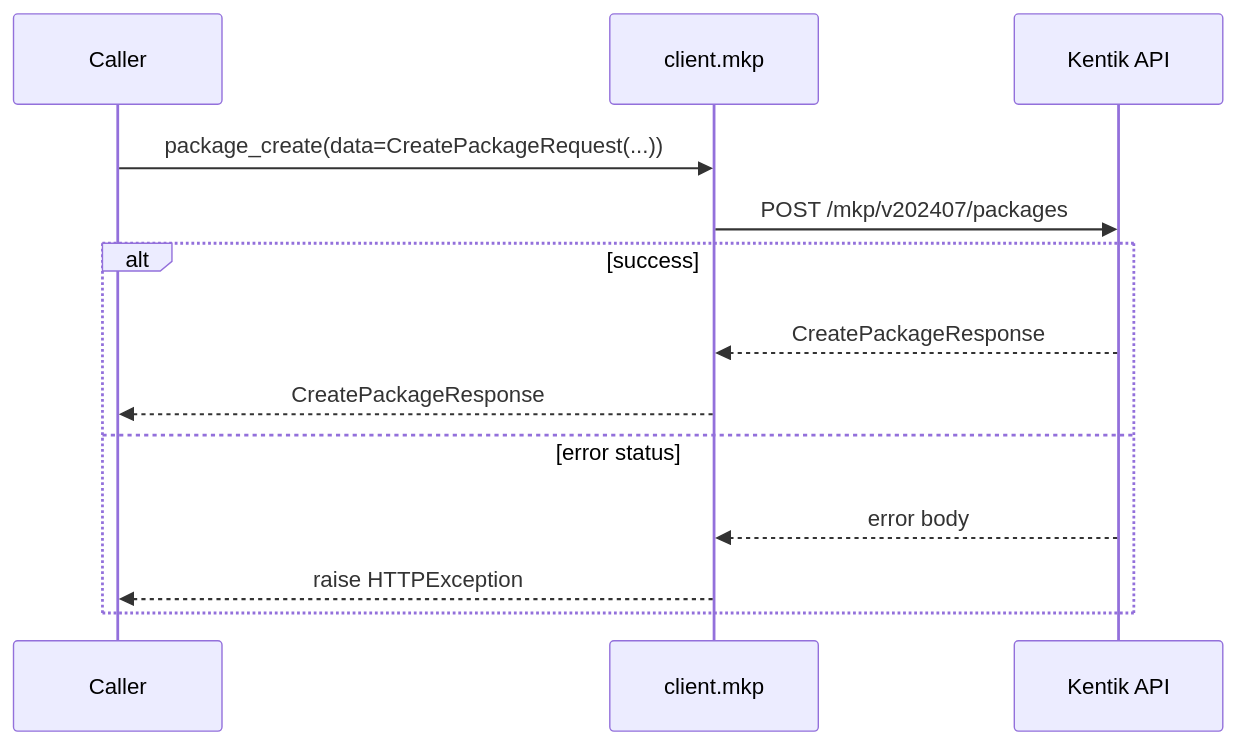
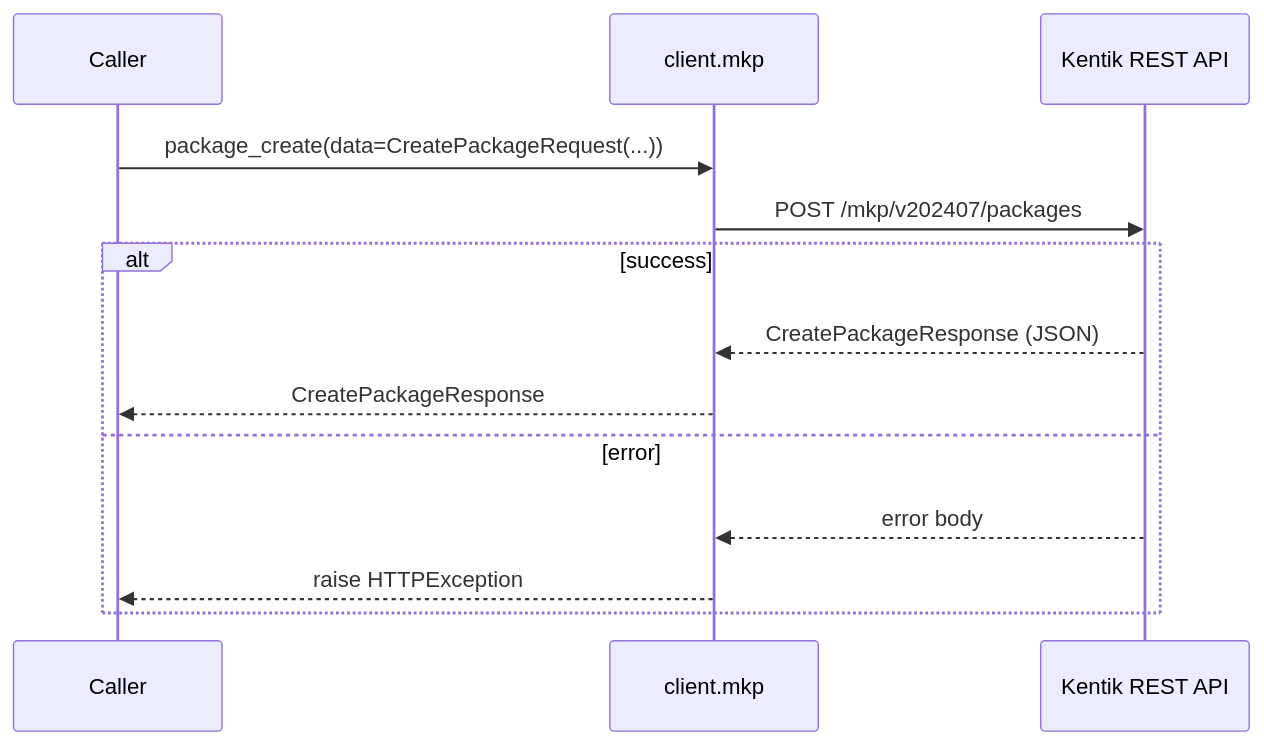
One commit to alexdearaujo/community_sdk_python changed the fourth of 30 diagrams in docs/sphinx/services/mkp.md. Above: the diagram before and after it, drawn with Mermaid. The commit also changed other lines of this file and 61 other files, not shown here.

````diff
--- a/docs/sphinx/services/mkp.md
+++ b/docs/sphinx/services/mkp.md
@@ -77,16 +104,16 @@
 ```mermaid
 sequenceDiagram
     participant C as Caller
     participant W as client.mkp
-    participant API as Kentik API
+    participant API as Kentik REST API
 
     C->>W: package_create(data=CreatePackageRequest(...))
     W->>API: POST /mkp/v202407/packages
     alt success
-        API-->>W: CreatePackageResponse
+        API-->>W: CreatePackageResponse (JSON)
         W-->>C: CreatePackageResponse
-    else error status
+    else error
         API-->>W: error body
         W-->>C: raise HTTPException
     end
 ```
````
